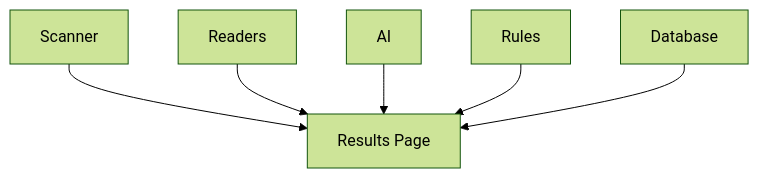
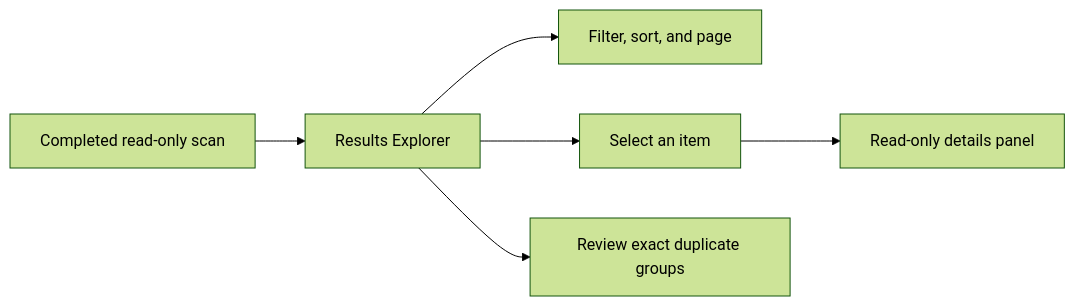
Before and after one commit to nishdel/OpenSorSe: the diagram in docs/Architecture/08_Gui/04_Results_Page.md, drawn with Mermaid (forest theme). The commit also changed other lines of this file and 22 other files, not shown here.

````diff
--- a/docs/Architecture/08_Gui/04_Results_Page.md
+++ b/docs/Architecture/08_Gui/04_Results_Page.md
@@ -62,21 +37,8 @@
-```mermaid id="4pc9wv"
-flowchart TB
-
-Scanner["Scanner"]
-
-Readers["Readers"]
-
-AI["AI"]
-
-Rules["Rules"]
-
-Database["Database"]
-
-ResultsPage["Results Page"]
-
-Scanner --> ResultsPage
-Readers --> ResultsPage
-AI --> ResultsPage
-Rules --> ResultsPage
-Database --> ResultsPage
+```mermaid
+flowchart LR
+    Complete["Completed read-only scan"] --> Explorer["Results Explorer"]
+    Explorer --> Refine["Filter, sort, and page"]
+    Explorer --> Select["Select an item"]
+    Select --> Details["Read-only details panel"]
+    Explorer --> Duplicates["Review exact duplicate groups"]
 ```
````
